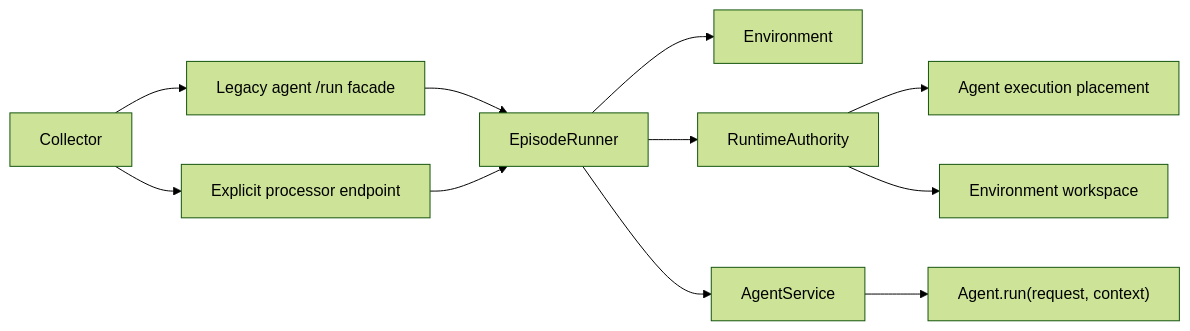
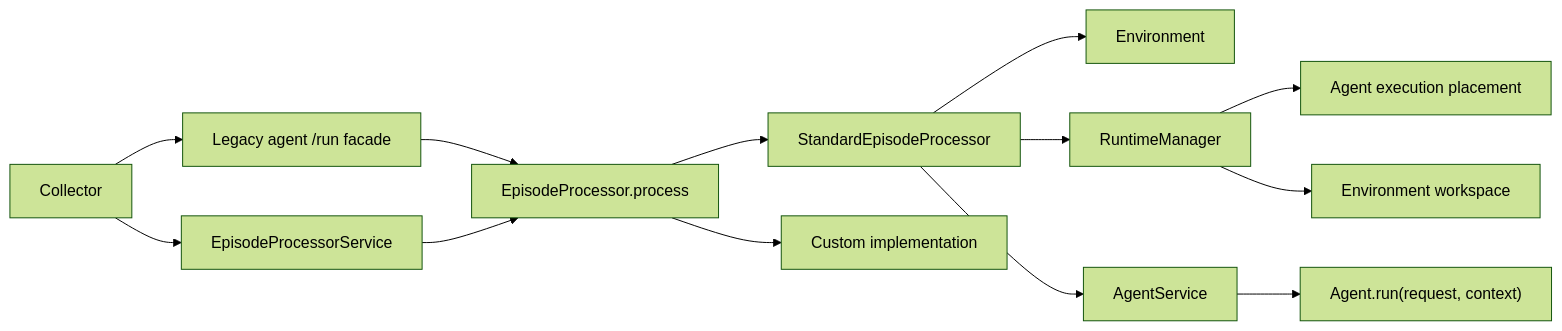
One commit to ananthsub/Gym changed the first of 2 diagrams in investigations/episode-orchestration-design.md. Above: the diagram before and after it, drawn with Mermaid (forest theme). The commit also changed other lines of this file and 1 other file, not shown here.

First line of the commit message:
docs(investigations): clarify episode processor boundaries

````diff
--- a/investigations/episode-orchestration-design.md
+++ b/investigations/episode-orchestration-design.md
@@ -72,13 +136,15 @@
 ```mermaid
 flowchart LR
     Collector --> Legacy["Legacy agent /run facade"]
-    Collector --> Processor["Explicit processor endpoint"]
-    Legacy --> Runner["EpisodeRunner"]
-    Processor --> Runner
-    Runner --> Environment
-    Runner --> RuntimeAuthority
-    Runner --> AgentService
+    Collector --> Service["EpisodeProcessorService"]
+    Legacy --> Processor["EpisodeProcessor.process"]
+    Service --> Processor
+    Processor --> Standard["StandardEpisodeProcessor"]
+    Processor --> Custom["Custom implementation"]
+    Standard --> Environment
+    Standard --> RuntimeManager
+    Standard --> AgentService
     AgentService --> Agent["Agent.run(request, context)"]
-    RuntimeAuthority --> Placement["Agent execution placement"]
-    RuntimeAuthority --> Workspace["Environment workspace"]
+    RuntimeManager --> Placement["Agent execution placement"]
+    RuntimeManager --> Workspace["Environment workspace"]
 ```
````
